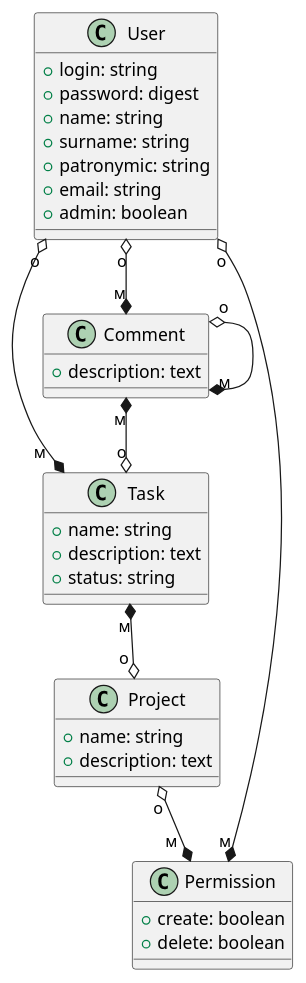
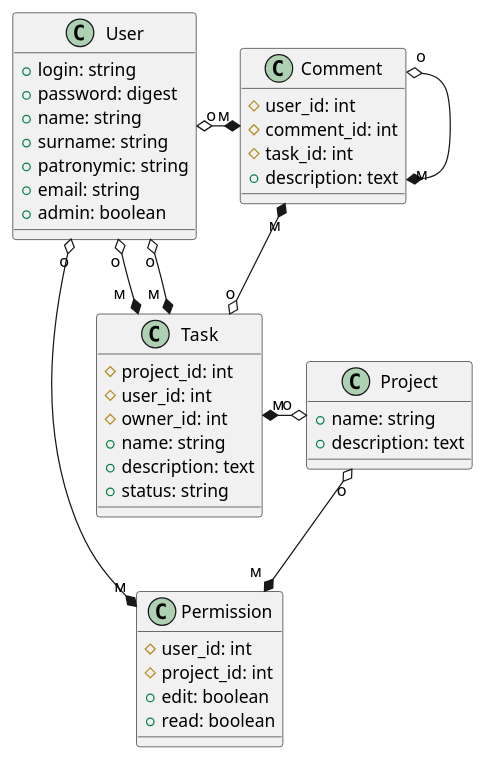
One commit to Spoleri/Diagram changed the diagram in tasks.wsd. Above: the diagram before and after it, drawn with PlantUML. The commit also changed 1 other file, not shown here.

```diff
--- a/tasks.wsd
+++ b/tasks.wsd
@@ -1,42 +1,48 @@
 @startuml diagram
     class User {
         + login: string
         + password: digest
         + name: string
         + surname: string
         + patronymic: string
         + email: string
         + admin: boolean
     }
 
     class Task {
+        # project_id: int
+        # user_id: int
+        # owner_id: int
         + name: string
         + description: text
         + status: string
     }
     
     class Comment {
+        # user_id: int
+        # comment_id: int
+        # task_id: int
         + description: text
     }
 
     class Project {
         + name: string
         + description: text
     }
 
     class Permission {
-        + create: boolean
-        + delete: boolean
+        # user_id: int
+        # project_id: int
+        + edit: boolean
+        + read: boolean
     }
-
     
-    User "о" o--* "м" Comment
-    User "o" o---* "м  " Task
-    Task "м" *--o "o " Project
+    User "о" o-right-* "м" Comment
+    User "o" o-down-* "м  " Task
+    User "о" o-down-* "м  " Task
+    Task "м" *-o "o " Project
     Project "о" o--* "м  " Permission
     Permission "м" *--o "о" User
     Comment "о" o--* "м" Comment
     Comment "м" *--o "о" Task
-
-
 @enduml
```
